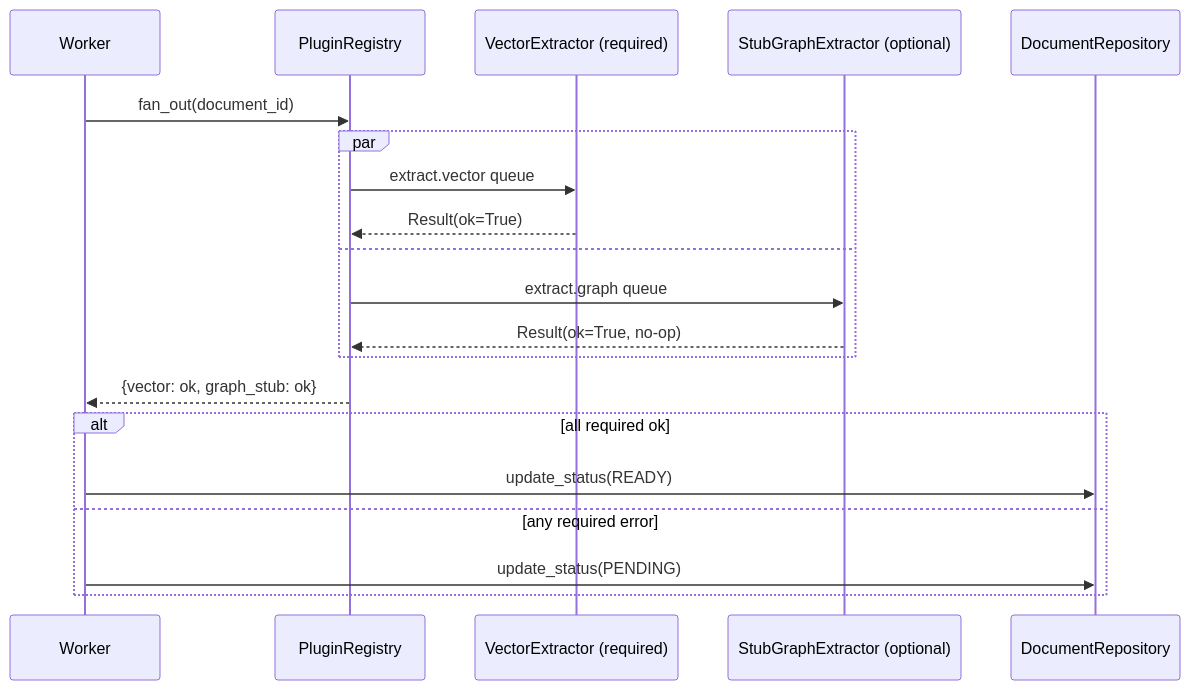
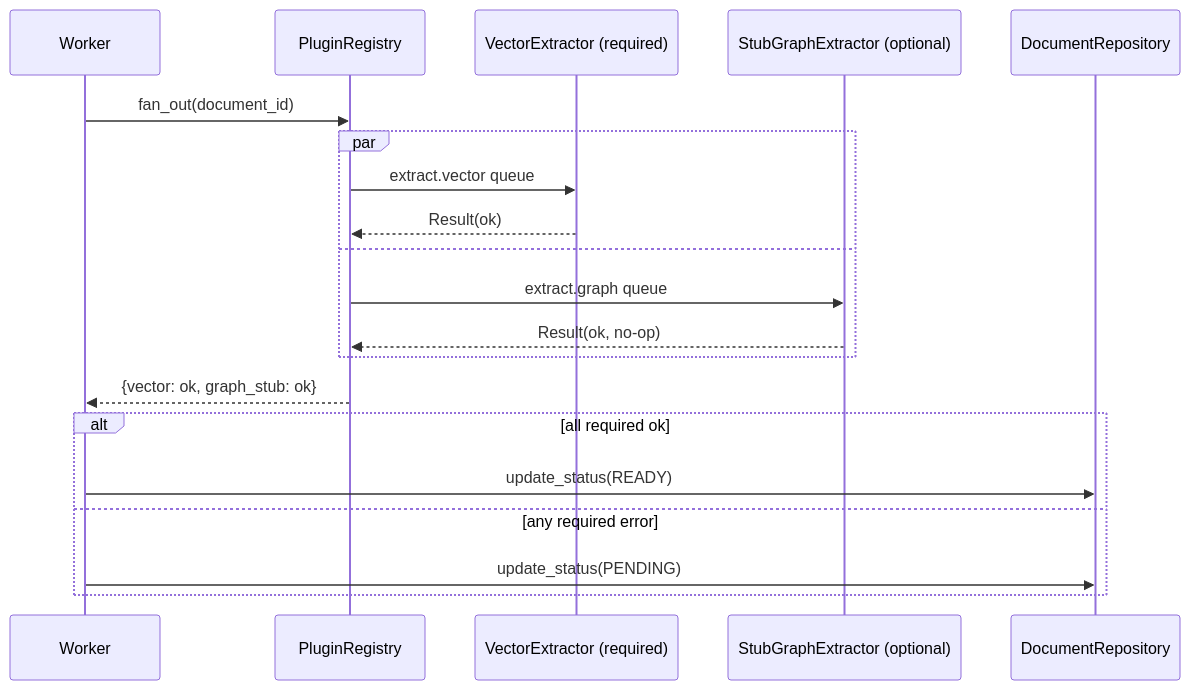
The second of 4 diagrams in docs/00_spec.md (jeffweilee/ragent), drawn with Mermaid before and after one commit. The commit also changed other lines of this file and 3 other files, not shown here.

````diff
--- a/docs/00_spec.md
+++ b/docs/00_spec.md
@@ -107,22 +180,22 @@
 ```mermaid
 sequenceDiagram
   participant W as Worker
   participant R as PluginRegistry
   participant V as VectorExtractor (required)
   participant G as StubGraphExtractor (optional)
   participant DR as DocumentRepository
   W->>R: fan_out(document_id)
   par
     R->>V: extract.vector queue
-    V-->>R: Result(ok=True)
+    V-->>R: Result(ok)
   and
     R->>G: extract.graph queue
-    G-->>R: Result(ok=True, no-op)
+    G-->>R: Result(ok, no-op)
   end
   R-->>W: {vector: ok, graph_stub: ok}
   alt all required ok
     W->>DR: update_status(READY)
   else any required error
     W->>DR: update_status(PENDING)
   end
 ```
````
